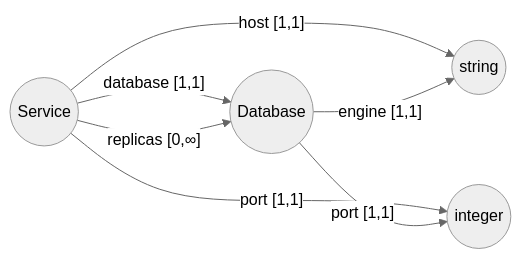
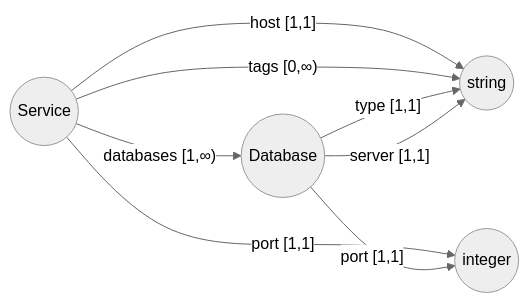
The second of 2 diagrams in docs/design/model.md (omnist-dev/omnist), drawn with Mermaid (neutral theme) before and after one commit. The commit also changed other lines of this file and 17 other files, not shown here.

````diff
--- a/docs/design/model.md
+++ b/docs/design/model.md
@@ -499,9 +503,10 @@
 ```mermaid
 graph LR
     Svc(("Service")) -->|"host [1,1]"| String(("string"))
     Svc -->|"port [1,1]"| Integer(("integer"))
-    Svc -->|"database [1,1]"| Db(("Database"))
-    Svc -->|"replicas [0,∞]"| Db
-    Db -->|"engine [1,1]"| String
+    Svc -->|"databases [1,∞)"| Db(("Database"))
+    Svc -->|"tags [0,∞)"| String
+    Db -->|"type [1,1]"| String
+    Db -->|"server [1,1]"| String
     Db -->|"port [1,1]"| Integer
 ```
````
